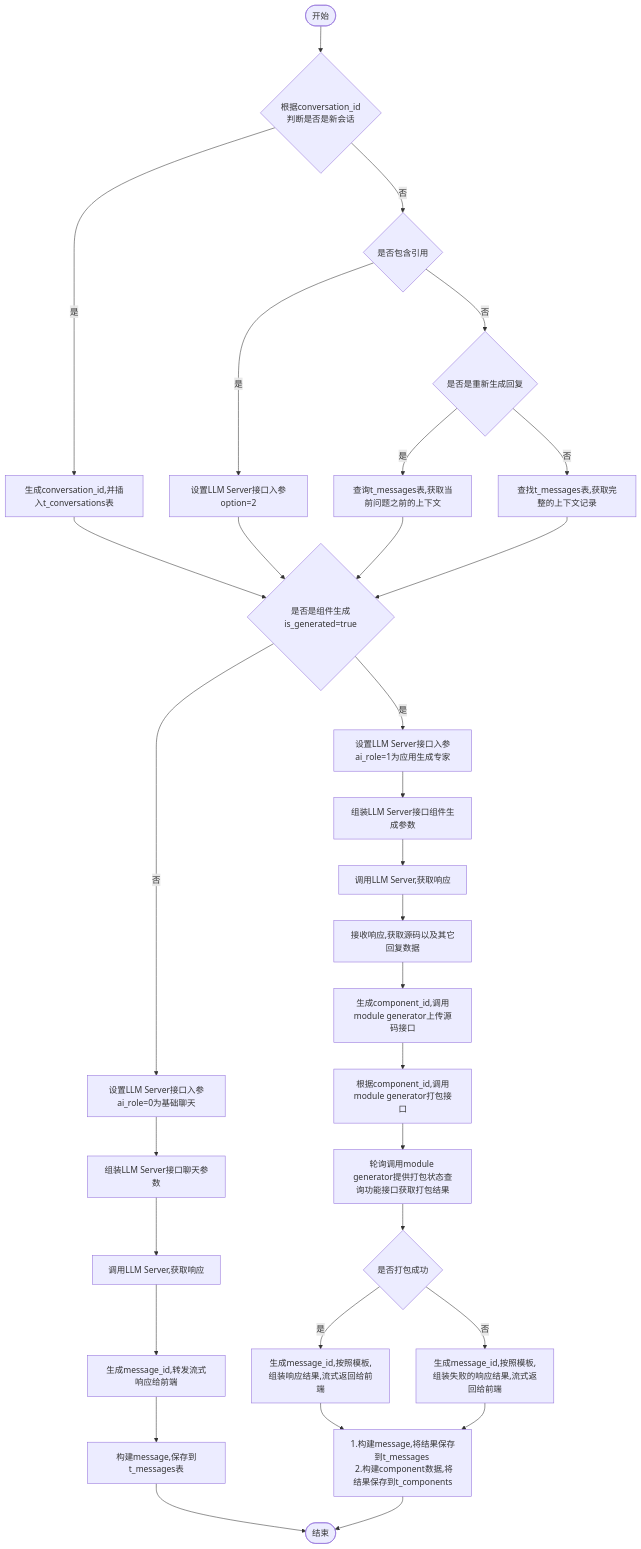
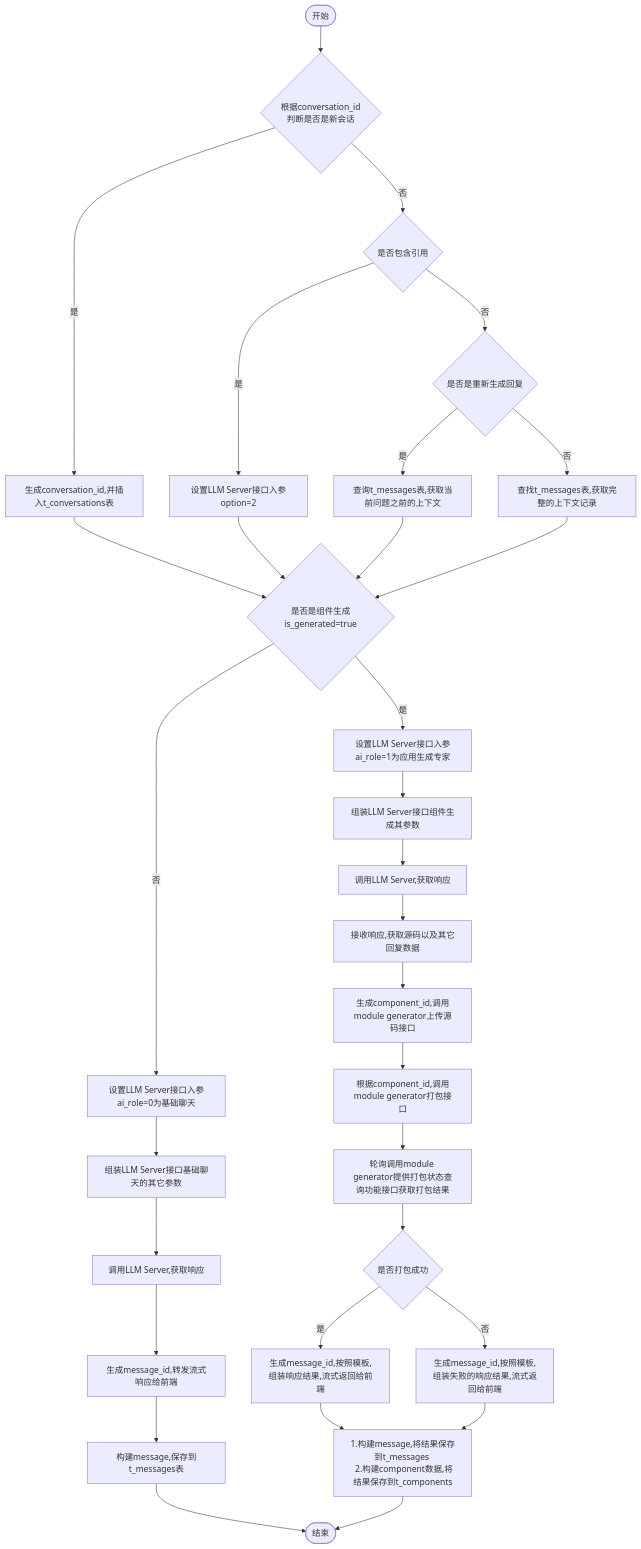
Before and after one commit to yingjianzh/iodraw-files: the diagram in all/w3-会话-不需要传递message.md, drawn with Mermaid.

Commit message:
2024-10-14 11:09:20 update

````diff
--- a/all/w3-会话-不需要传递message.md
+++ b/all/w3-会话-不需要传递message.md
@@ -1,35 +1,35 @@
 ```mermaid
 flowchart TD
     A([开始]) --> B{根据conversation_id \n 判断是否是新会话}
     B -- 是 --> C[生成conversation_id,并插入t_conversations表]
     B -- 否 --> D{是否包含引用}
     D -- 是 --> E[设置LLM Server接口入参option=2]
     D -- 否 --> F{是否是重新生成回复}
     F -- 是 --> G[查询t_messages表,获取当前问题之前的上下文]
     F -- 否 --> H[查找t_messages表,获取完整的上下文记录]
      
     C & E & G & H --> I{是否是组件生成is_generated=true}
     I -- 是 --> J[设置LLM Server接口入参ai_role=1为应用生成专家]
     I -- 否 --> K[设置LLM Server接口入参ai_role=0为基础聊天]
 
 
-    J --> L[组装LLM Server接口组件生成参数]    
-    K --> M[组装LLM Server接口聊天参数]    
+    J --> L[组装LLM Server接口组件生成其参数]    
+    K --> M[组装LLM Server接口基础聊天的其它参数]    
     M --> N[调用LLM Server,获取响应]    
     N --> O[生成message_id,转发流式响应给前端]
     O --> P[构建message,保存到t_messages表]
     P --> R([结束])
 
 
     L --> S[调用LLM Server,获取响应]
     S --> T[接收响应,获取源码以及其它回复数据]
     T --> U[生成component_id,调用module generator上传源码接口]
     U --> V[根据component_id,调用module generator打包接口]
     V --> W[轮询调用module generator提供打包状态查询功能接口获取打包结果]
     W --> X{是否打包成功}
     X -- 是 --> Y[生成message_id,按照模板,组装响应结果,流式返回给前端]
     X -- 否 --> Z[生成message_id,按照模板,组装失败的响应结果,流式返回给前端]
 
     Y & Z --> Result[1.构建message,将结果保存到t_messages \n 2.构建component数据,将结果保存到t_components]
     Result --> R
 ```
````
